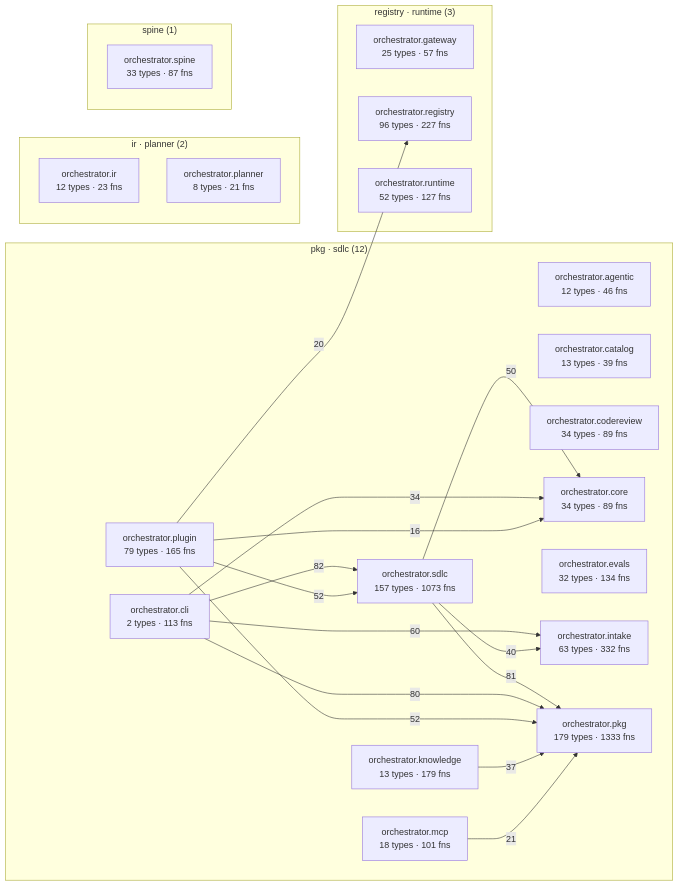
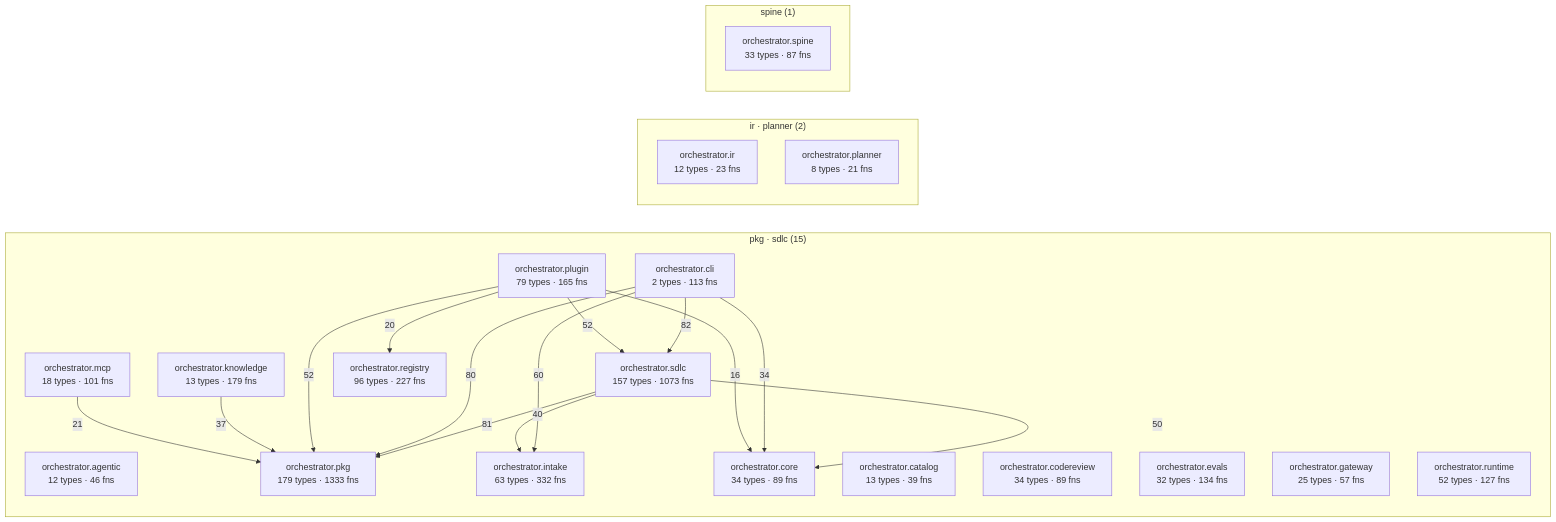
The diagram in episteme/architecture.md (synaptixs/spine), drawn with Mermaid before and after one commit. The commit also changed other lines of this file and 31 other files, not shown here.

````diff
--- a/episteme/architecture.md
+++ b/episteme/architecture.md
@@ -56,42 +56,40 @@
 ```mermaid
 flowchart LR
-  subgraph c_2["pkg · sdlc (12)"]
+  subgraph c_2["pkg · sdlc (15)"]
     aorchestratoragentic["orchestrator.agentic<br/>12 types · 46 fns"]
     aorchestratorcatalog["orchestrator.catalog<br/>13 types · 39 fns"]
     aorchestratorcli["orchestrator.cli<br/>2 types · 113 fns"]
     aorchestratorcodereview["orchestrator.codereview<br/>34 types · 89 fns"]
     aorchestratorcore["orchestrator.core<br/>34 types · 89 fns"]
     aorchestratorevals["orchestrator.evals<br/>32 types · 134 fns"]
+    aorchestratorgateway["orchestrator.gateway<br/>25 types · 57 fns"]
     aorchestratorintake["orchestrator.intake<br/>63 types · 332 fns"]
     aorchestratorknowledge["orchestrator.knowledge<br/>13 types · 179 fns"]
     aorchestratormcp["orchestrator.mcp<br/>18 types · 101 fns"]
     aorchestratorpkg["orchestrator.pkg<br/>179 types · 1333 fns"]
     aorchestratorplugin["orchestrator.plugin<br/>79 types · 165 fns"]
+    aorchestratorregistry["orchestrator.registry<br/>96 types · 227 fns"]
+    aorchestratorruntime["orchestrator.runtime<br/>52 types · 127 fns"]
     aorchestratorsdlc["orchestrator.sdlc<br/>157 types · 1073 fns"]
   end
-  subgraph c_5["registry · runtime (3)"]
-    aorchestratorgateway["orchestrator.gateway<br/>25 types · 57 fns"]
-    aorchestratorregistry["orchestrator.registry<br/>96 types · 227 fns"]
-    aorchestratorruntime["orchestrator.runtime<br/>52 types · 127 fns"]
-  end
-  subgraph c_7["ir · planner (2)"]
+  subgraph c_5["ir · planner (2)"]
     aorchestratorir["orchestrator.ir<br/>12 types · 23 fns"]
     aorchestratorplanner["orchestrator.planner<br/>8 types · 21 fns"]
   end
-  subgraph c_12["spine (1)"]
+  subgraph c_10["spine (1)"]
     aorchestratorspine["orchestrator.spine<br/>33 types · 87 fns"]
   end
   aorchestratorcli -->|82| aorchestratorsdlc
   aorchestratorsdlc -->|81| aorchestratorpkg
   aorchestratorcli -->|80| aorchestratorpkg
   aorchestratorcli -->|60| aorchestratorintake
   aorchestratorplugin -->|52| aorchestratorpkg
   aorchestratorplugin -->|52| aorchestratorsdlc
   aorchestratorsdlc -->|50| aorchestratorcore
   aorchestratorsdlc -->|40| aorchestratorintake
   aorchestratorknowledge -->|37| aorchestratorpkg
   aorchestratorcli -->|34| aorchestratorcore
   aorchestratormcp -->|21| aorchestratorpkg
   aorchestratorplugin -->|20| aorchestratorregistry
   aorchestratorplugin -->|16| aorchestratorcore
 ```
````
